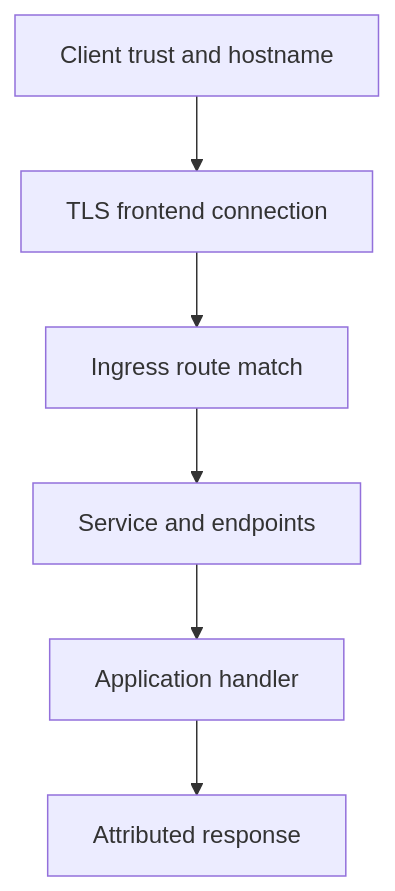
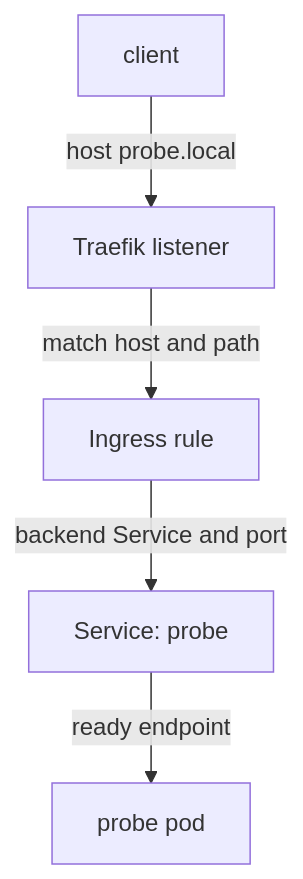
Before and after one commit to astrona-io/ATS023: the diagram in sections/section-050/module-01/course-02-tracing-an-external-request-to-the-application.md, drawn with Mermaid. The commit also changed other lines of this file and 408 other files, not shown here.

````diff
--- a/sections/section-050/module-01/course-02-tracing-an-external-request-to-the-application.md
+++ b/sections/section-050/module-01/course-02-tracing-an-external-request-to-the-application.md
@@ -62,8 +22,7 @@
 ```mermaid
 flowchart TB
-    C["Client trust and hostname"] --> T["TLS frontend connection"]
-    T --> R["Ingress route match"]
-    R --> S["Service and endpoints"]
-    S --> A["Application handler"]
-    A --> O["Attributed response"]
+    C["client"] -->|"host probe.local"| I["Traefik listener"]
+    I -->|"match host and path"| R["Ingress rule"]
+    R -->|"backend Service and port"| S["Service: probe"]
+    S -->|"ready endpoint"| P["probe pod"]
 ```
````
